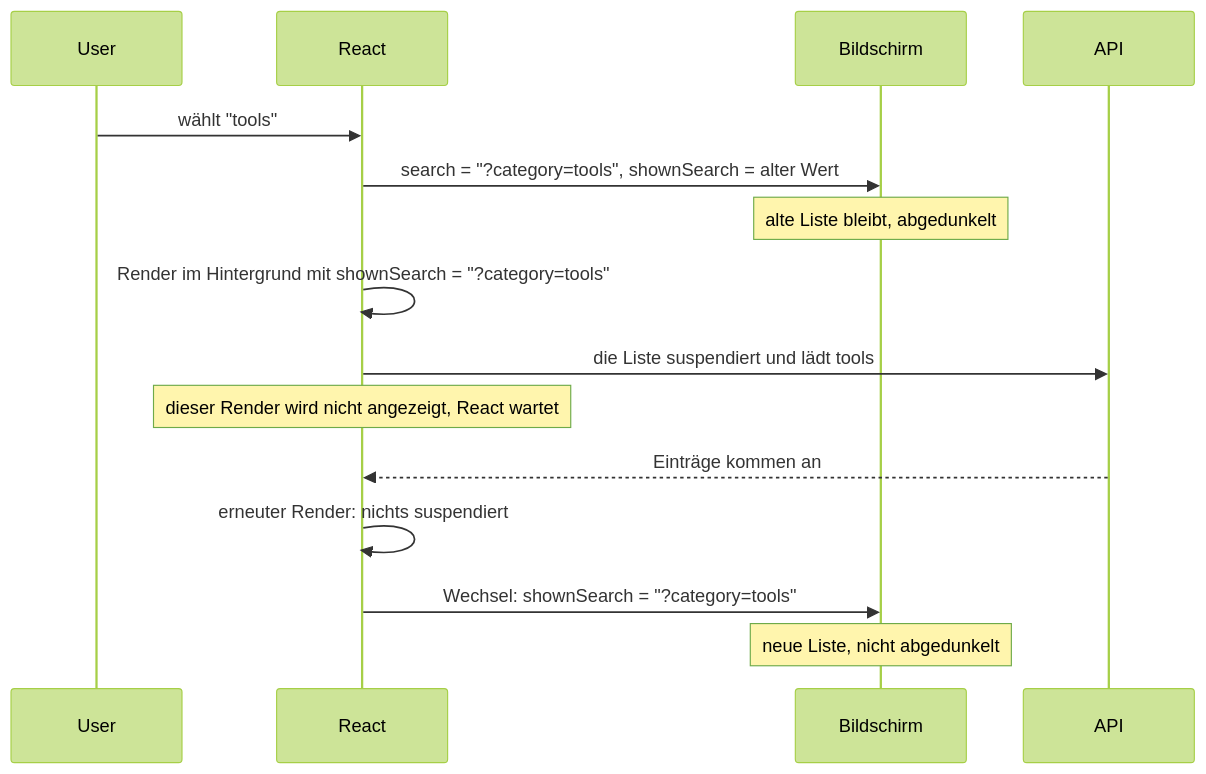
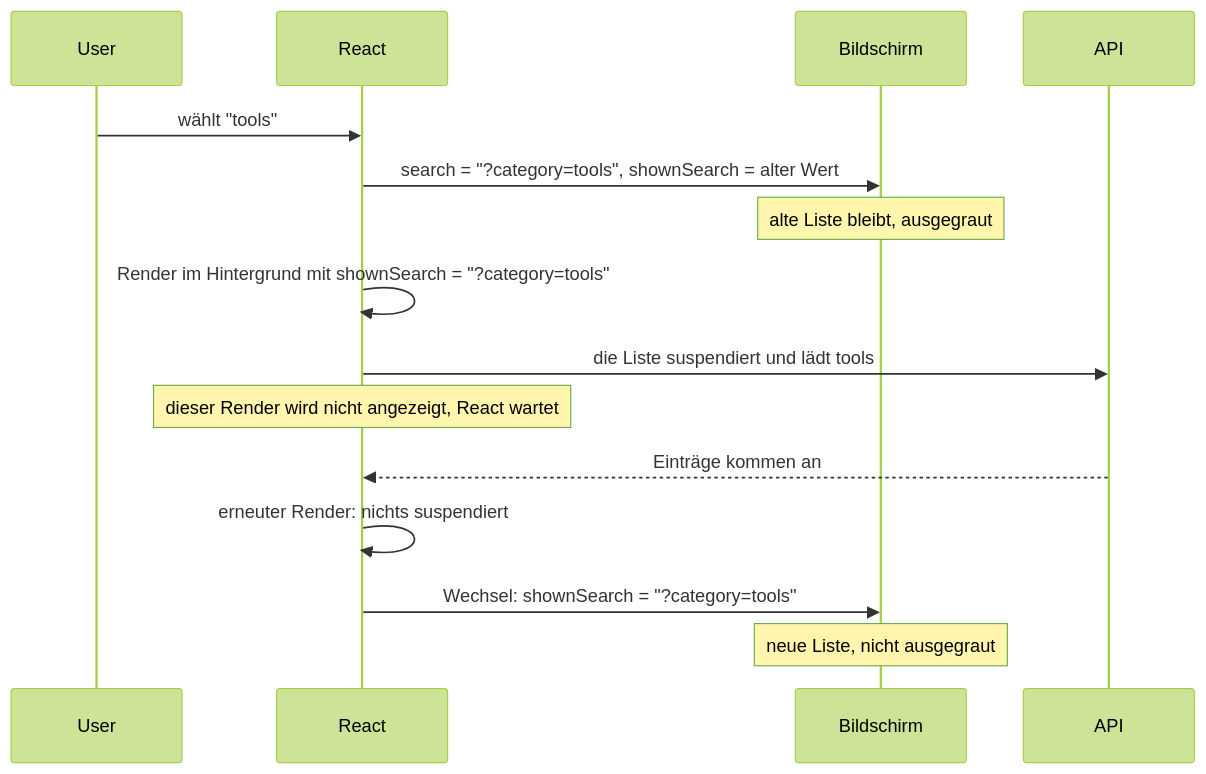
Before and after one commit to christiansany/cas-fee-26-frontend-challenges: the fourth of 6 diagrams in topics/lists-and-pagination/README.md, drawn with Mermaid (forest theme). The commit also changed other lines of this file and 4 other files, not shown here.

````diff
--- a/topics/lists-and-pagination/README.md
+++ b/topics/lists-and-pagination/README.md
@@ -181,17 +181,17 @@
 ```mermaid
 sequenceDiagram
   participant U as User
   participant R as React
   participant S as Bildschirm
   participant A as API
   U->>R: wählt "tools"
   R->>S: search = "?category=tools", shownSearch = alter Wert
-  Note over S: alte Liste bleibt, abgedunkelt
+  Note over S: alte Liste bleibt, ausgegraut
   R->>R: Render im Hintergrund mit shownSearch = "?category=tools"
   R->>A: die Liste suspendiert und lädt tools
   Note over R: dieser Render wird nicht angezeigt, React wartet
   A-->>R: Einträge kommen an
   R->>R: erneuter Render: nichts suspendiert
   R->>S: Wechsel: shownSearch = "?category=tools"
-  Note over S: neue Liste, nicht abgedunkelt
+  Note over S: neue Liste, nicht ausgegraut
 ```
````
